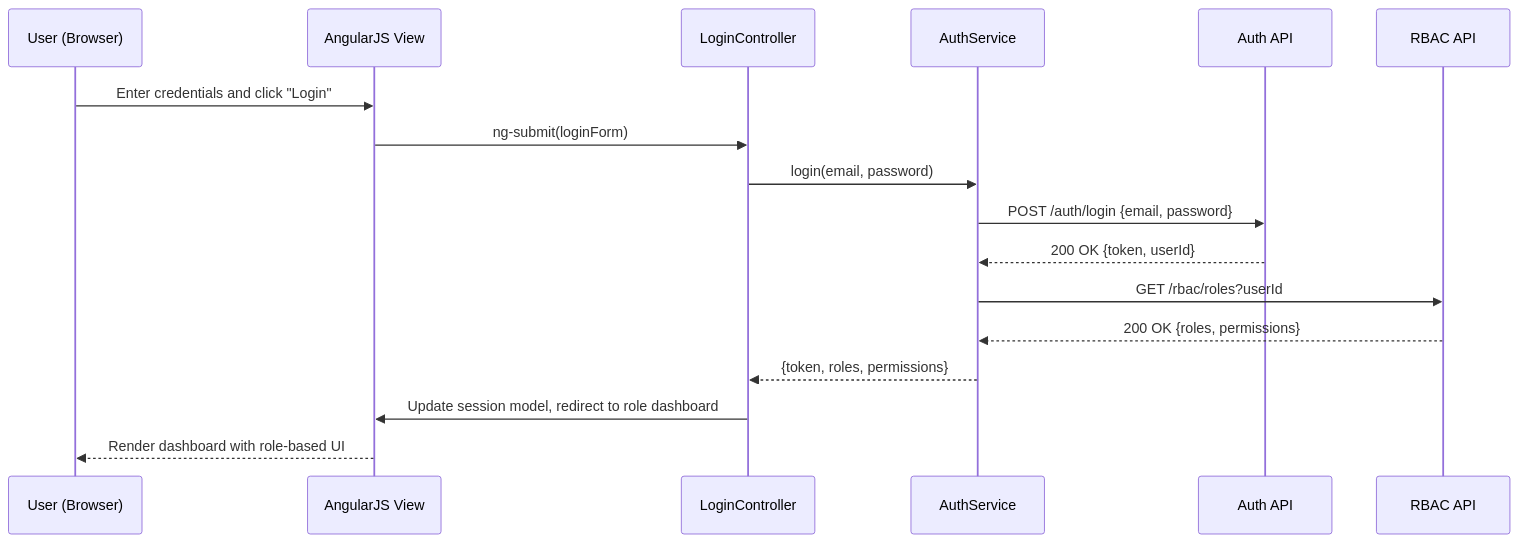
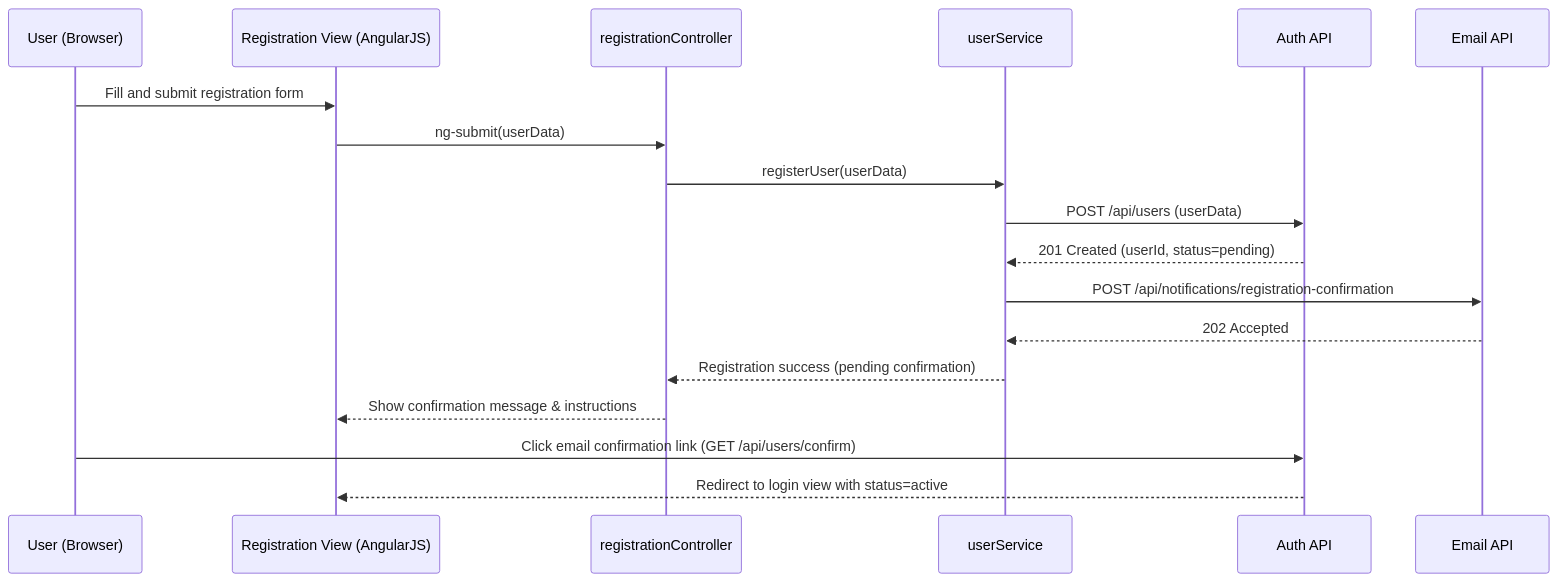
One commit to Davamani-git/APB_Demo changed the diagram in LLD/QE-4524_LLD.md. Above: the diagram before and after it, drawn with Mermaid. The commit also changed other lines of this file, not shown here.

````diff
--- a/LLD/QE-4524_LLD.md
+++ b/LLD/QE-4524_LLD.md
@@ -89,20 +67,21 @@
 ```mermaid
 sequenceDiagram
     participant U as User (Browser)
-    participant V as AngularJS View
-    participant C as LoginController
-    participant S as AuthService
+    participant V as Registration View (AngularJS)
+    participant C as registrationController
+    participant S as userService
     participant A as Auth API
-    participant R as RBAC API
+    participant E as Email API
 
-    U->>V: Enter credentials and click "Login"
-    V->>C: ng-submit(loginForm)
-    C->>S: login(email, password)
-    S->>A: POST /auth/login {email, password}
-    A-->>S: 200 OK {token, userId}
-    S->>R: GET /rbac/roles?userId
-    R-->>S: 200 OK {roles, permissions}
-    S-->>C: {token, roles, permissions}
-    C->>V: Update session model, redirect to role dashboard
-    V-->>U: Render dashboard with role-based UI
+    U->>V: Fill and submit registration form
+    V->>C: ng-submit(userData)
+    C->>S: registerUser(userData)
+    S->>A: POST /api/users (userData)
+    A-->>S: 201 Created (userId, status=pending)
+    S->>E: POST /api/notifications/registration-confirmation
+    E-->>S: 202 Accepted
+    S-->>C: Registration success (pending confirmation)
+    C-->>V: Show confirmation message & instructions
+    U->>A: Click email confirmation link (GET /api/users/confirm)
+    A-->>V: Redirect to login view with status=active
 ```
````
